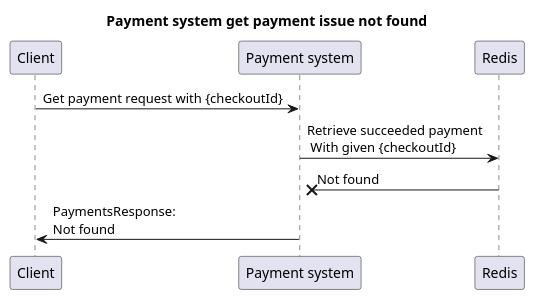
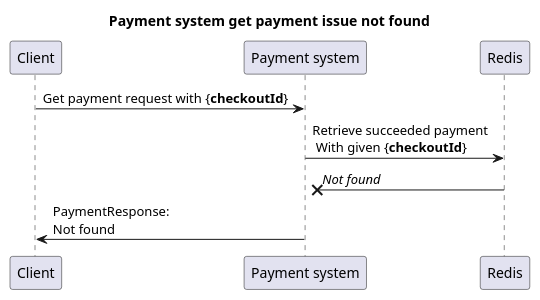
The diagram in GetPaymentNotFound.puml (Nouuu/microservice-payment), drawn with PlantUML before and after one commit. The commit also changed 4 other files, not shown here.

Commit message:
reformat uml

```diff
--- a/GetPaymentNotFound.puml
+++ b/GetPaymentNotFound.puml
@@ -1,8 +1,8 @@
 @startuml
 title Payment system get payment issue not found
 
-Client -> "Payment system": Get payment request with {checkoutId}
-"Payment system" -> "Redis": Retrieve succeeded payment\n With given {checkoutId}
-"Redis" ->x "Payment system": Not found
-"Payment system" -> Client: PaymentsResponse: \nNot found
+Client -> "Payment system": Get payment request with {**checkoutId**}
+"Payment system" -> "Redis": Retrieve succeeded payment\n With given {**checkoutId**}
+"Redis" ->x "Payment system": //Not found//
+"Payment system" -> Client: PaymentResponse: \nNot found
 @enduml
```
